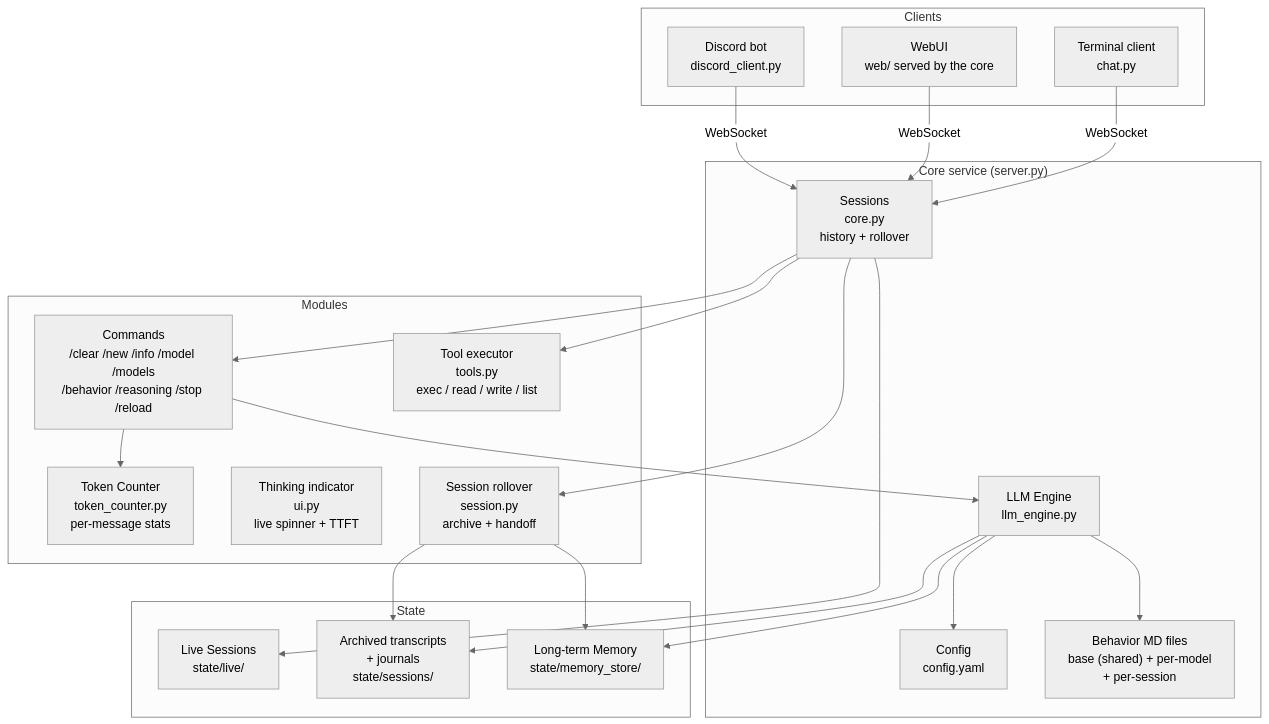
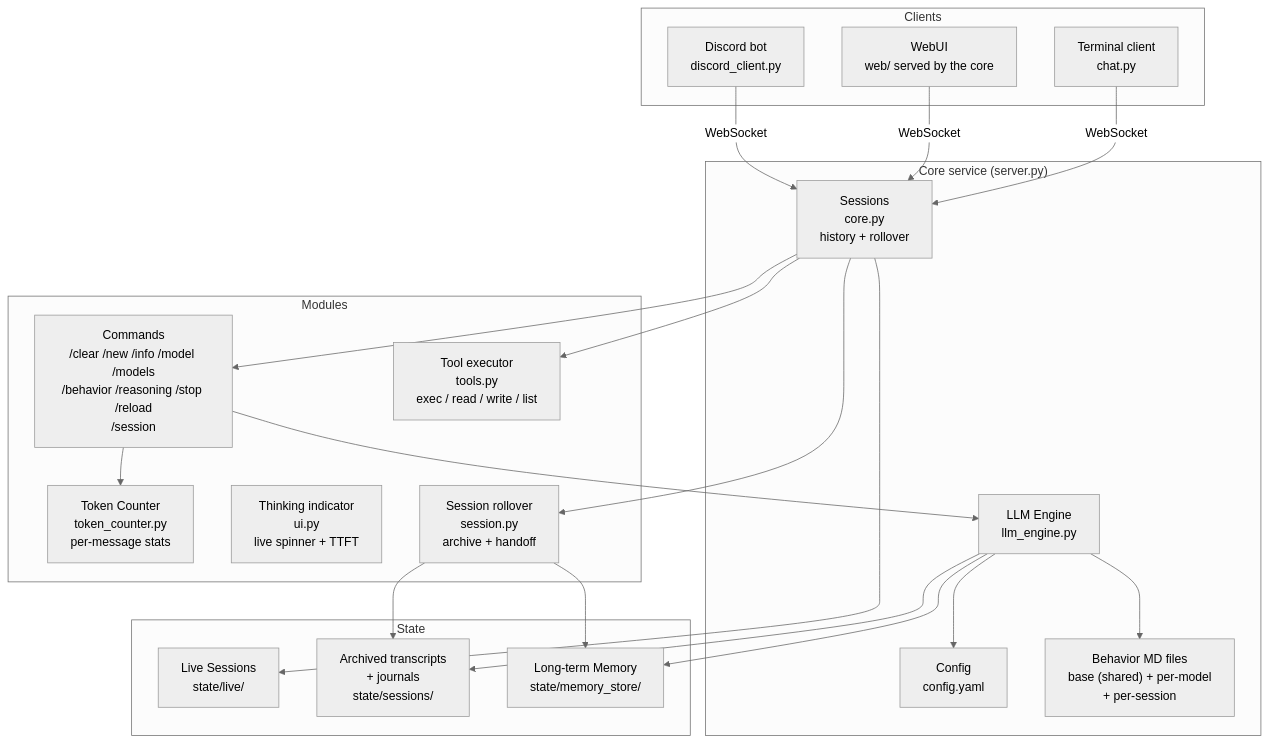
The first of 3 diagrams in README.md (goluckyryan/letsClaw), drawn with Mermaid (neutral theme) before and after one commit. The commit also changed other lines of this file and 2 other files, not shown here.

First line of the commit message:
discord: /session — point a channel at any session

````diff
--- a/README.md
+++ b/README.md
@@ -70,45 +70,45 @@
 ```mermaid
 graph TD
     subgraph Clients
         REPL[Terminal client\nchat.py]
         Web[WebUI\nweb/ served by the core]
         Disc[Discord bot\ndiscord_client.py]
     end
 
     subgraph Core["Core service (server.py)"]
         Sessions2[Sessions\ncore.py\nhistory + rollover]
         Engine[LLM Engine\nllm_engine.py]
         Config[Config\nconfig.yaml]
         ModelFile["Behavior MD files\nbase (shared) + per-model\n+ per-session"]
     end
 
     subgraph Modules
-        Cmds[Commands\n/clear /new /info /model /models\n/behavior /reasoning /stop /reload]
+        Cmds[Commands\n/clear /new /info /model /models\n/behavior /reasoning /stop /reload\n/session]
         TokenCounter[Token Counter\ntoken_counter.py\nper-message stats]
         ThinkingUI[Thinking indicator\nui.py\nlive spinner + TTFT]
         Tools[Tool executor\ntools.py\nexec / read / write / list]
         Roll[Session rollover\nsession.py\narchive + handoff]
     end
 
     subgraph State
         Live[Live Sessions\nstate/live/]
         Sessions[Archived transcripts\n+ journals\nstate/sessions/]
         Memory[Long-term Memory\nstate/memory_store/]
     end
 
     REPL -->|WebSocket| Sessions2
     Web -->|WebSocket| Sessions2
     Disc -->|WebSocket| Sessions2
     Sessions2 --> Cmds
     Sessions2 --> Tools
     Sessions2 --> Roll
     Sessions2 --> Live
     Roll --> Sessions
     Roll --> Memory
     Cmds --> Engine
     Engine --> Config
     Engine --> ModelFile
     Cmds --> TokenCounter
     Engine --> Sessions
     Engine --> Memory
 ```
````
